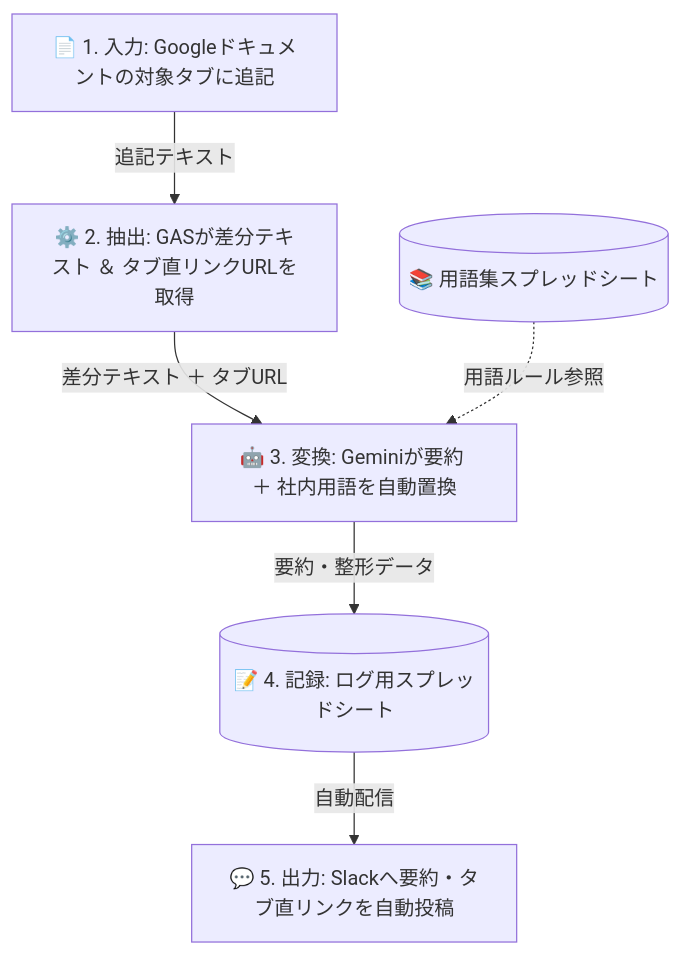
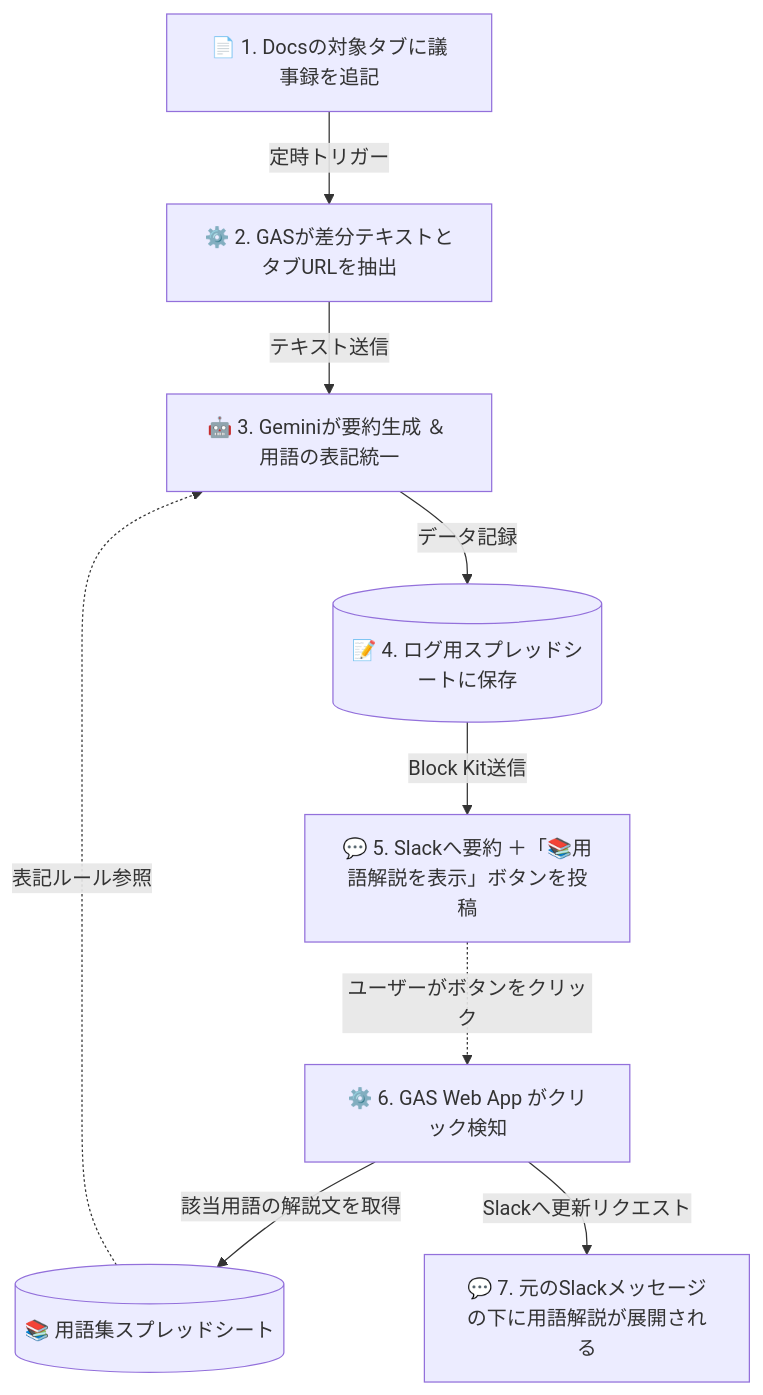
One commit to KoheiOshioBNPL/memo changed the diagram in README.md. Above: the diagram before and after it, drawn with Mermaid.

Commit message:
README.md

````diff
--- a/README.md
+++ b/README.md
@@ -1,10 +1,14 @@
 ```mermaid
 flowchart TD
-    A[📄 1. 入力: Googleドキュメントの対象タブに追記] -->|追記テキスト| B[⚙️ 2. 抽出: GASが差分テキスト ＆ タブ直リンクURLを取得]
-    B -->|差分テキスト ＋ タブURL| C[🤖 3. 変換: Geminiが要約 ＋ 社内用語を自動置換]
-    
-    D[(📚 用語集スプレッドシート)] -.->|用語ルール参照| C
-    
-    C -->|要約・整形データ| E[(📝 4. 記録: ログ用スプレッドシート)]
-    E -->|自動配信| F[💬 5. 出力: Slackへ要約・タブ直リンクを自動投稿]
+    %% --- 自動配信フロー ---
+    A[📄 1. Docsの対象タブに議事録を追記] -->|定時トリガー| B[⚙️ 2. GASが差分テキストとタブURLを抽出]
+    B -->|テキスト送信| C[🤖 3. Geminiが要約生成 ＆ 用語の表記統一]
+    D[(📚 用語集スプレッドシート)] -.->|表記ルール参照| C
+    C -->|データ記録| E[(📝 4. ログ用スプレッドシートに保存)]
+    E -->|Block Kit送信| F[💬 5. Slackへ要約 ＋「📚用語解説を表示」ボタンを投稿]
+
+    %% --- ボタンクリック時のインタラクティブフロー ---
+    F -.->|ユーザーがボタンをクリック| G[⚙️ 6. GAS Web App がクリック検知]
+    G -->|該当用語の解説文を取得| D
+    G -->|Slackへ更新リクエスト| H[💬 7. 元のSlackメッセージの下に用語解説が展開される]
 ```
````
